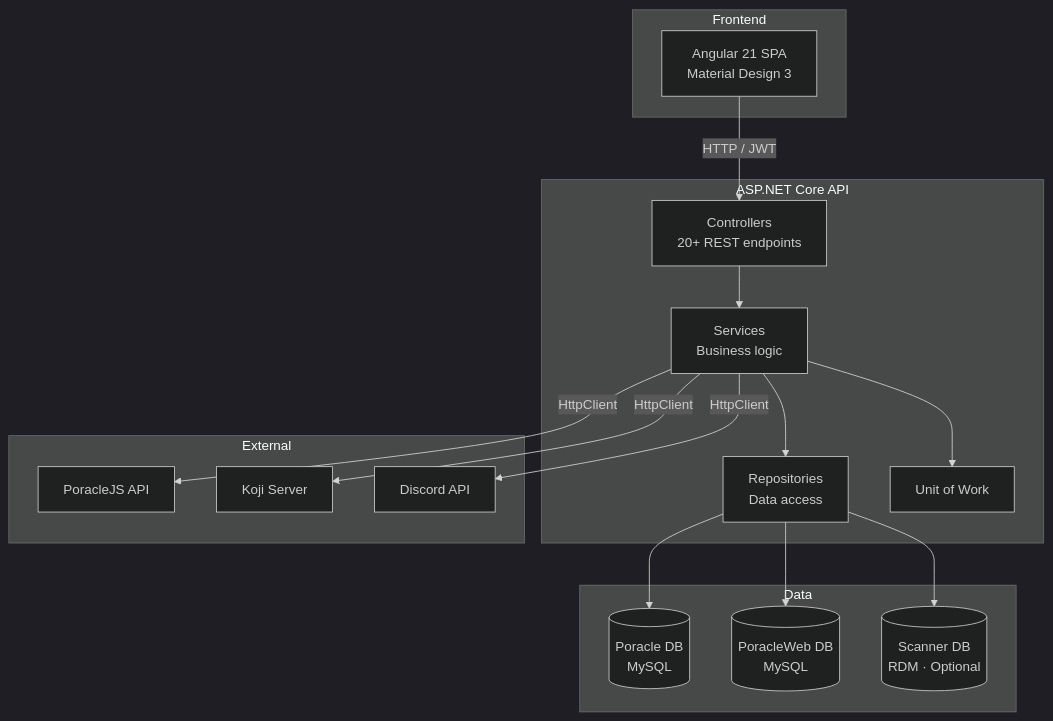
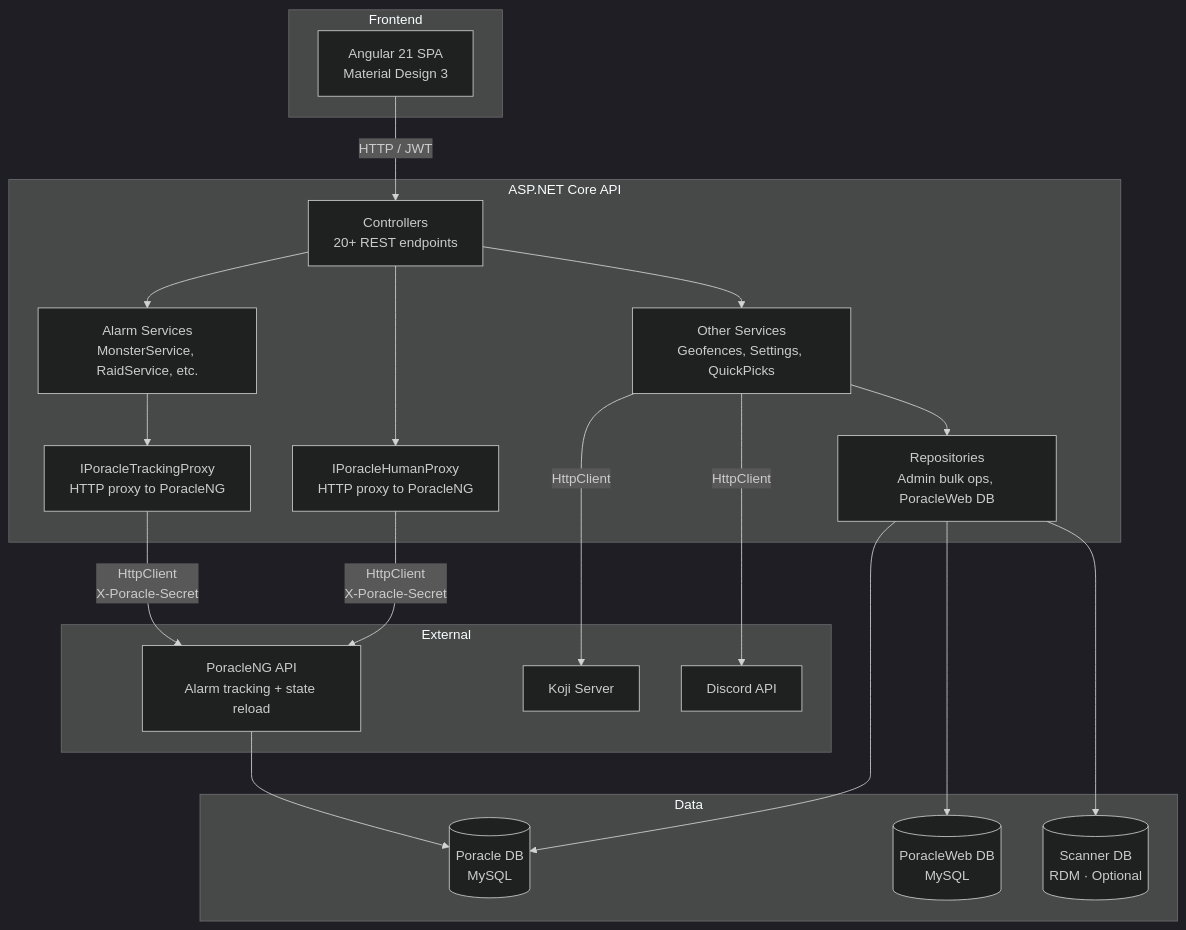
One commit to PGAN-Dev/PoracleWeb.NET changed the diagram in docs/architecture/overview.md. Above: the diagram before and after it, drawn with Mermaid (dark theme). The commit also changed other lines of this file and 111 other files, not shown here.

First line of the commit message:
feat: migrate Poracle DB writes to PoracleNG API proxy (#88)

````diff
--- a/docs/architecture/overview.md
+++ b/docs/architecture/overview.md
@@ -35,36 +34,42 @@
 ```mermaid
 graph TB
     subgraph Frontend
         Angular[Angular 21 SPA<br/>Material Design 3]
     end
 
     subgraph Backend["ASP.NET Core API"]
         Controllers[Controllers<br/>20+ REST endpoints]
-        Services[Services<br/>Business logic]
-        Repositories[Repositories<br/>Data access]
-        UoW[Unit of Work]
+        AlarmServices[Alarm Services<br/>MonsterService, RaidService, etc.]
+        TrackingProxy[IPoracleTrackingProxy<br/>HTTP proxy to PoracleNG]
+        HumanProxy[IPoracleHumanProxy<br/>HTTP proxy to PoracleNG]
+        OtherServices[Other Services<br/>Geofences, Settings, QuickPicks]
+        Repositories[Repositories<br/>Admin bulk ops, PoracleWeb DB]
     end
 
     subgraph Data
         PoracleDB[(Poracle DB<br/>MySQL)]
         WebDB[(PoracleWeb DB<br/>MySQL)]
         ScannerDB[(Scanner DB<br/>RDM · Optional)]
     end
 
     subgraph External
-        Poracle[PoracleJS API]
+        PoracleNG[PoracleNG API<br/>Alarm tracking + state reload]
         Koji[Koji Server]
         Discord[Discord API]
     end
 
     Angular -->|HTTP / JWT| Controllers
-    Controllers --> Services
-    Services --> Repositories
-    Services --> UoW
+    Controllers --> AlarmServices
+    Controllers --> OtherServices
+    AlarmServices --> TrackingProxy
+    Controllers --> HumanProxy
+    TrackingProxy -->|HttpClient<br/>X-Poracle-Secret| PoracleNG
+    HumanProxy -->|HttpClient<br/>X-Poracle-Secret| PoracleNG
+    PoracleNG --> PoracleDB
+    OtherServices --> Repositories
     Repositories --> PoracleDB
     Repositories --> WebDB
     Repositories --> ScannerDB
-    Services -->|HttpClient| Poracle
-    Services -->|HttpClient| Koji
-    Services -->|HttpClient| Discord
+    OtherServices -->|HttpClient| Koji
+    OtherServices -->|HttpClient| Discord
 ```
````
